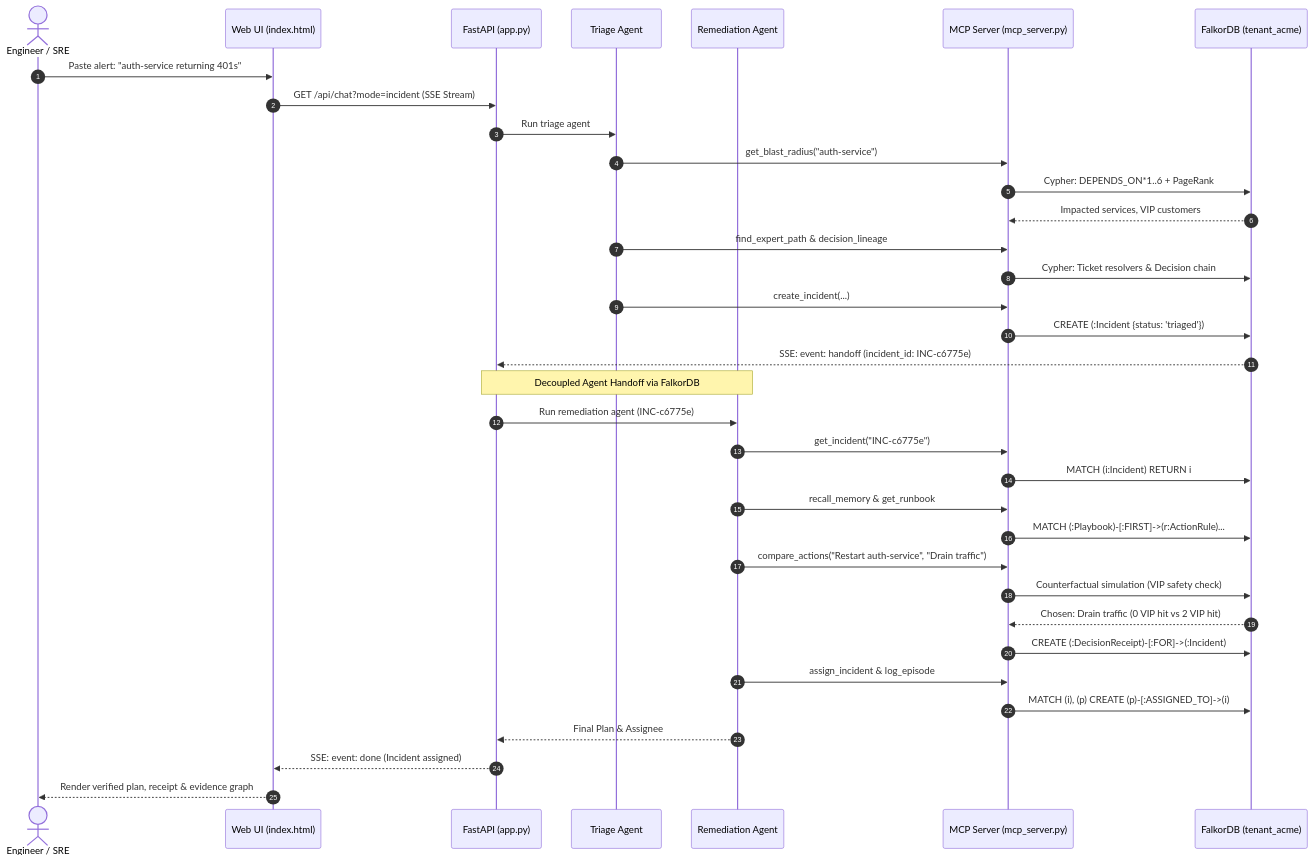
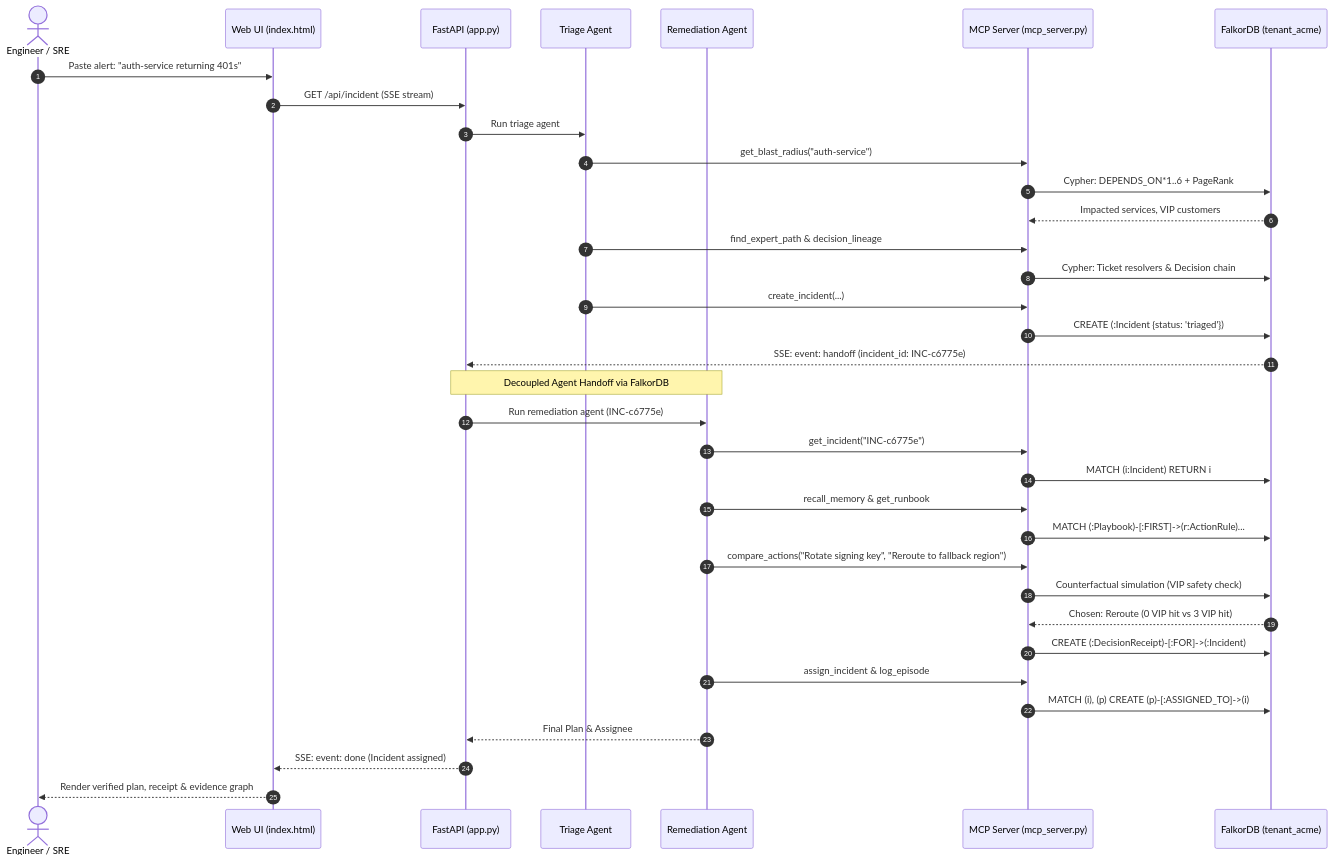
Before and after one commit to tan8696/Ai-graph-agent: the second of 2 diagrams in README.md, drawn with Mermaid. The commit also changed other lines of this file, not shown here.

Commit message:
Polish README: hero, highlights, MCP/API reference, accurate demo flow

````diff
--- a/README.md
+++ b/README.md
@@ -221,40 +246,40 @@
 ```mermaid
 sequenceDiagram
     autonumber
     actor User as Engineer / SRE
     participant Web as Web UI (index.html)
     participant API as FastAPI (app.py)
     participant Triage as Triage Agent
     participant Remediation as Remediation Agent
     participant MCP as MCP Server (mcp_server.py)
     participant Falkor as FalkorDB (tenant_acme)
 
     User->>Web: Paste alert: "auth-service returning 401s"
-    Web->>API: GET /api/chat?mode=incident (SSE Stream)
+    Web->>API: GET /api/incident (SSE stream)
     API->>Triage: Run triage agent
     Triage->>MCP: get_blast_radius("auth-service")
     MCP->>Falkor: Cypher: DEPENDS_ON*1..6 + PageRank
     Falkor-->>MCP: Impacted services, VIP customers
     Triage->>MCP: find_expert_path & decision_lineage
     MCP->>Falkor: Cypher: Ticket resolvers & Decision chain
     Triage->>MCP: create_incident(...)
     MCP->>Falkor: CREATE (:Incident {status: 'triaged'})
     Falkor-->>API: SSE: event: handoff (incident_id: INC-c6775e)
     
     Note over API,Remediation: Decoupled Agent Handoff via FalkorDB
     
     API->>Remediation: Run remediation agent (INC-c6775e)
     Remediation->>MCP: get_incident("INC-c6775e")
     MCP->>Falkor: MATCH (i:Incident) RETURN i
     Remediation->>MCP: recall_memory & get_runbook
     MCP->>Falkor: MATCH (:Playbook)-[:FIRST]->(r:ActionRule)...
-    Remediation->>MCP: compare_actions("Restart auth-service", "Drain traffic")
+    Remediation->>MCP: compare_actions("Rotate signing key", "Reroute to fallback region")
     MCP->>Falkor: Counterfactual simulation (VIP safety check)
-    Falkor-->>MCP: Chosen: Drain traffic (0 VIP hit vs 2 VIP hit)
+    Falkor-->>MCP: Chosen: Reroute (0 VIP hit vs 3 VIP hit)
     MCP->>Falkor: CREATE (:DecisionReceipt)-[:FOR]->(:Incident)
     Remediation->>MCP: assign_incident & log_episode
     MCP->>Falkor: MATCH (i), (p) CREATE (p)-[:ASSIGNED_TO]->(i)
     Remediation-->>API: Final Plan & Assignee
     API-->>Web: SSE: event: done (Incident assigned)
     Web-->>User: Render verified plan, receipt & evidence graph
 ```
````
